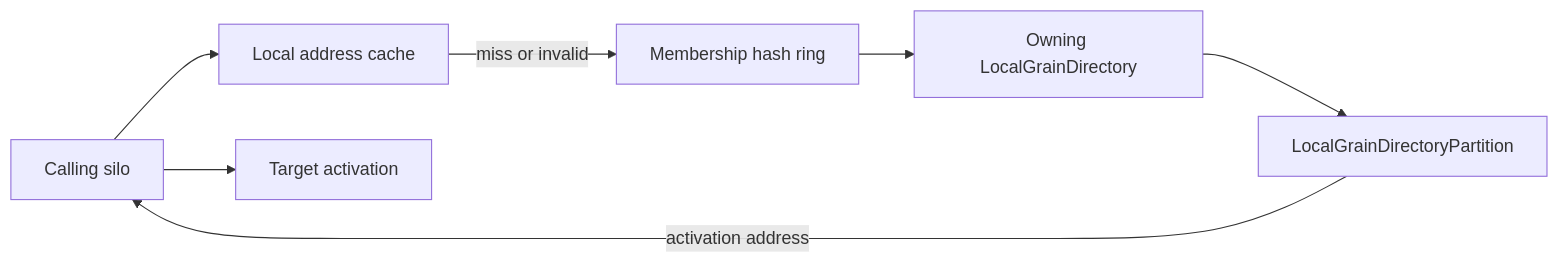
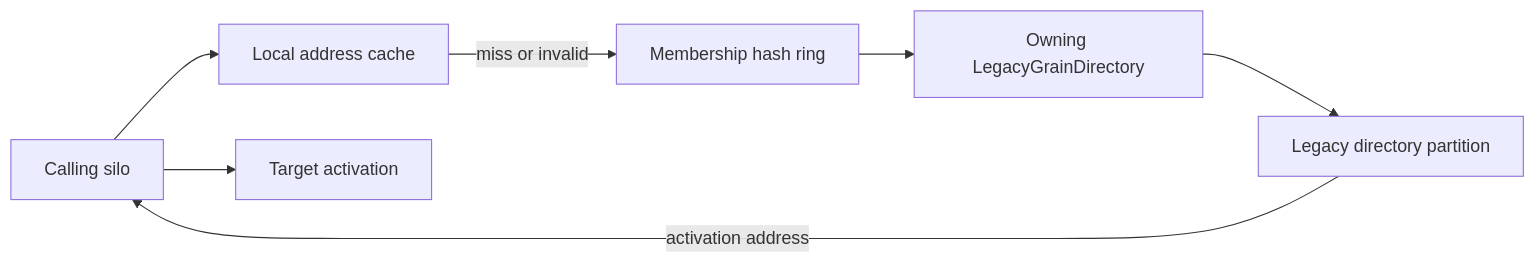
The first of 2 diagrams in docs/site/src/content/docs/implementation/grain-directory.md (dotnet/orleans), drawn with Mermaid before and after one commit. The commit also changed other lines of this file and 42 other files, not shown here.

Commit message:
feat(grain-directory)!: make the distributed directory stable and default (#9882)

````diff
--- a/docs/site/src/content/docs/implementation/grain-directory.md
+++ b/docs/site/src/content/docs/implementation/grain-directory.md
@@ -18,16 +18,16 @@
 ```mermaid
 flowchart LR
     Caller[Calling silo]
     Cache[Local address cache]
     Ring[Membership hash ring]
-    Owner[Owning LocalGrainDirectory]
-    Partition[LocalGrainDirectoryPartition]
+    Owner[Owning LegacyGrainDirectory]
+    Partition[Legacy directory partition]
     Activation[Target activation]
 
     Caller --> Cache
     Cache -->|miss or invalid| Ring
     Ring --> Owner
     Owner --> Partition
     Partition -->|activation address| Caller
     Caller --> Activation
 ```
````
